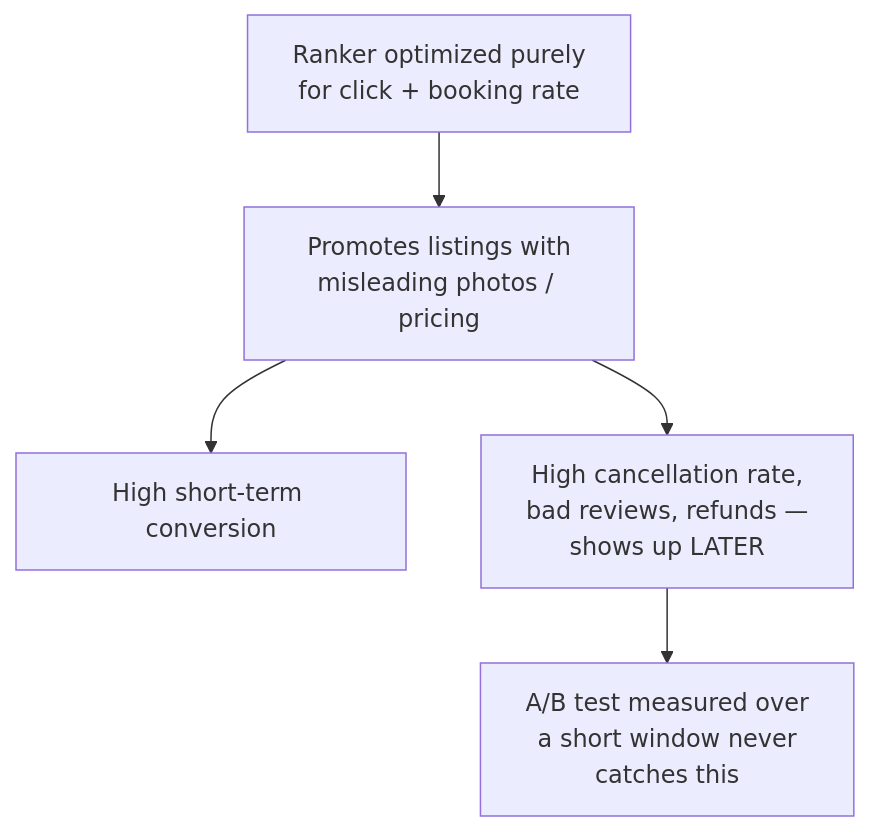
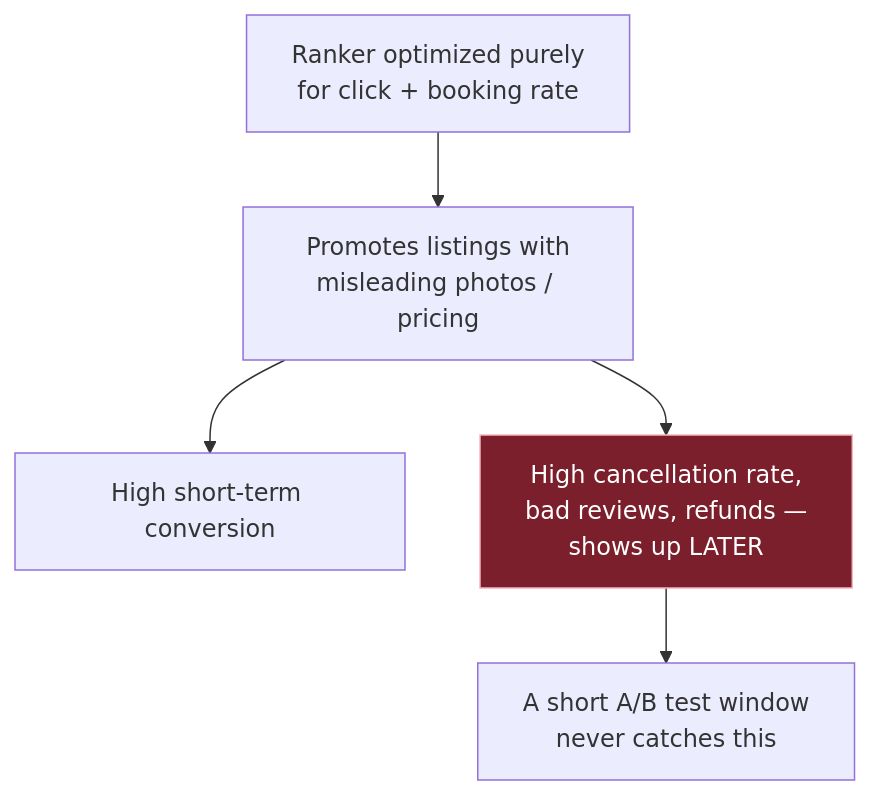
One commit to riyaz-pasha/Learnings changed diagram 12 of 16 in system-design/HLD/0-course/52-Design-Airbnb-Search-Ranking-FAANG-Guide-story.md. Above: the diagram before and after it, drawn with Mermaid. The commit also changed other lines of this file and 1 other file, not shown here.

Commit message:
[REWRITE] Airbnb Search Ranking story guide: simplify prose, add structure, fix diagrams

````diff
--- a/system-design/HLD/0-course/52-Design-Airbnb-Search-Ranking-FAANG-Guide-story.md
+++ b/system-design/HLD/0-course/52-Design-Airbnb-Search-Ranking-FAANG-Guide-story.md
@@ -224,7 +472,9 @@
 ```mermaid
 flowchart TD
-    A["Ranker optimized purely\nfor click + booking rate"] --> B["Promotes listings with\nmisleading photos / pricing"]
+    A["Ranker optimized purely<br/>for click + booking rate"] --> B["Promotes listings with<br/>misleading photos / pricing"]
     B --> C["High short-term conversion"]
-    B --> D["High cancellation rate,\nbad reviews, refunds —\nshows up LATER"]
-    D --> E["A/B test measured over\na short window never\ncatches this"]
+    B --> D["High cancellation rate,<br/>bad reviews, refunds —<br/>shows up LATER"]
+    D --> E["A short A/B test window<br/>never catches this"]
+
+    style D fill:#7a1f2b,stroke:#f5b5bd,color:#ffffff
 ```
````
